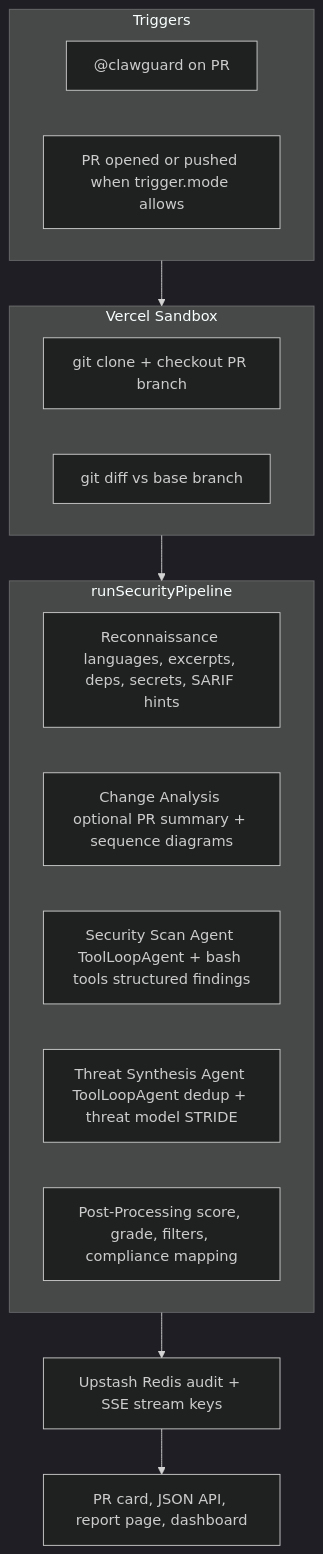
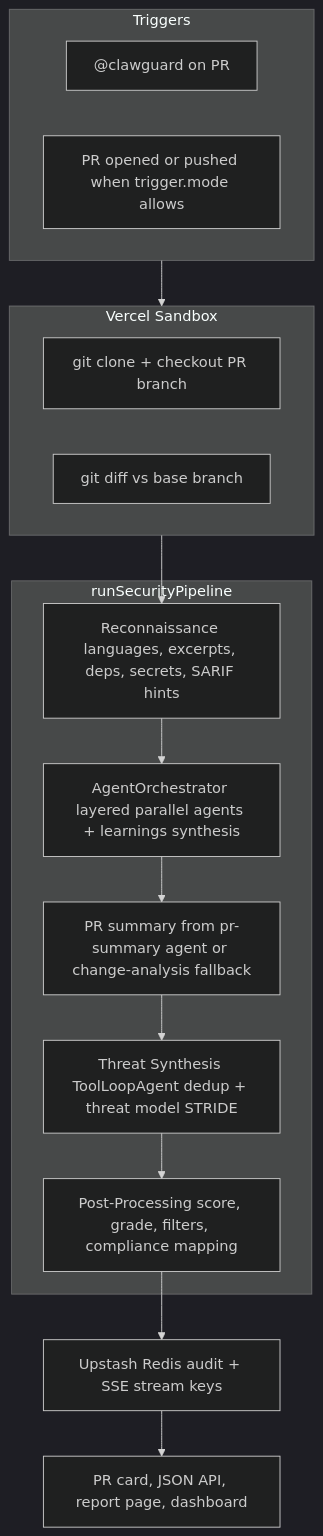
The second of 5 diagrams in README.md (Julian-AT/clawguard), drawn with Mermaid (dark theme) before and after one commit. The commit also changed other lines of this file, not shown here.

First line of the commit message:
docs: expand README with architecture and agent deep dive

````diff
--- a/README.md
+++ b/README.md
@@ -108,25 +115,29 @@
 ```mermaid
 flowchart TD
   subgraph triggers [Triggers]
     mention["@clawguard on PR"]
     auto["PR opened or pushed when trigger.mode allows"]
   end
 
   subgraph sandbox [Vercel Sandbox]
     clone["git clone + checkout PR branch"]
     diff["git diff vs base branch"]
   end
 
   subgraph pipeline [runSecurityPipeline]
     recon["Reconnaissance languages, excerpts, deps, secrets, SARIF hints"]
-    change["Change Analysis optional PR summary + sequence diagrams"]
-    scan["Security Scan Agent ToolLoopAgent + bash tools structured findings"]
-    threat["Threat Synthesis Agent ToolLoopAgent dedup + threat model STRIDE"]
+    orch["AgentOrchestrator layered parallel agents + learnings synthesis"]
+    change["PR summary from pr-summary agent or change-analysis fallback"]
+    threat["Threat Synthesis ToolLoopAgent dedup + threat model STRIDE"]
     post["Post-Processing score, grade, filters, compliance mapping"]
   end
 
   triggers --> sandbox
-  sandbox --> pipeline
-  pipeline --> redis["Upstash Redis audit + SSE stream keys"]
+  sandbox --> recon
+  recon --> orch
+  orch --> change
+  change --> threat
+  threat --> post
+  post --> redis["Upstash Redis audit + SSE stream keys"]
   redis --> outputs["PR card, JSON API, report page, dashboard"]
 ```
````
